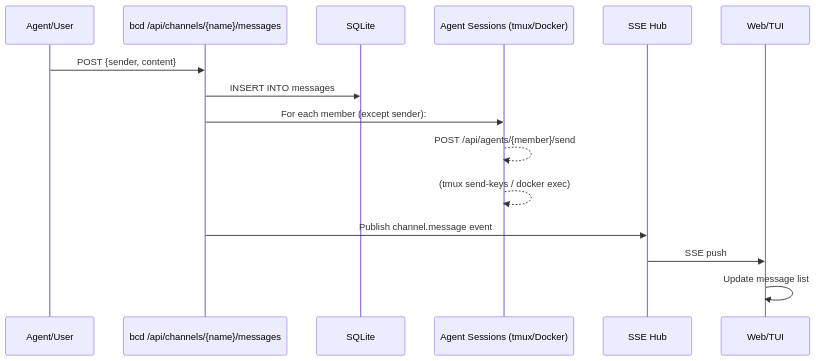
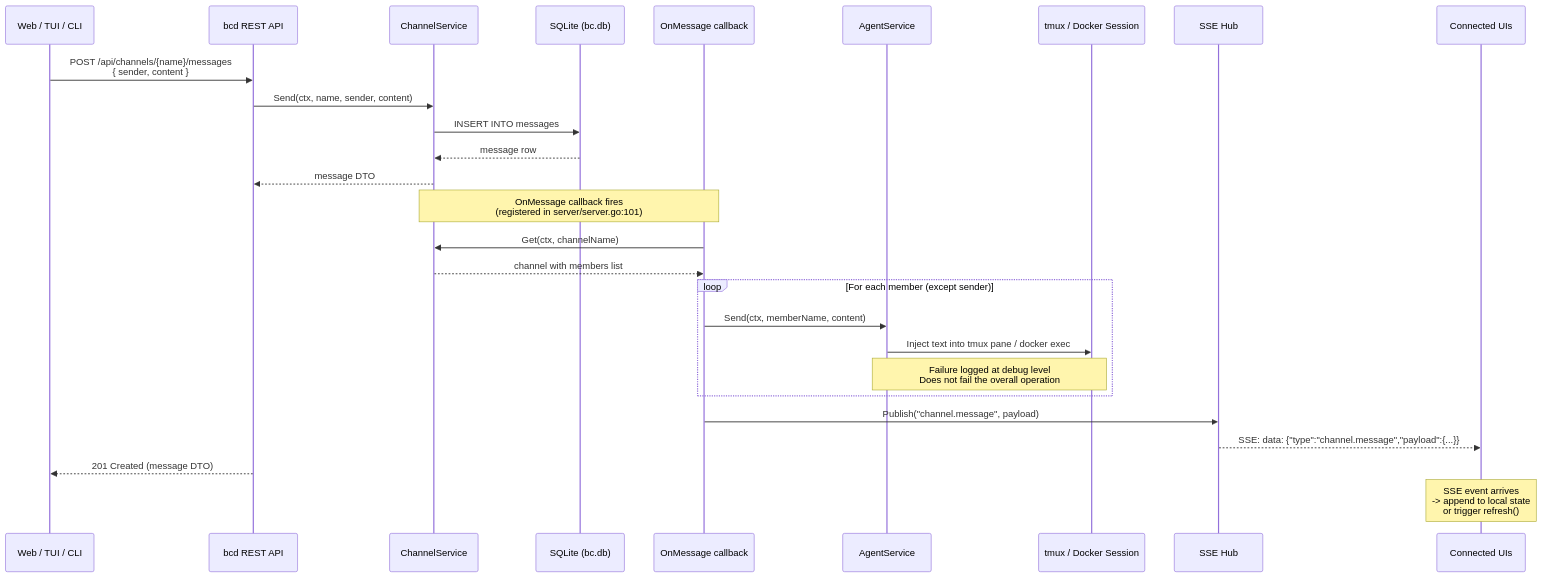
The sixth of 6 diagrams in docs/architecture/frontend-data-flow.md (gh-curious-otter/bc), drawn with Mermaid before and after one commit. The commit also changed other lines of this file, not shown here.

Commit message:
docs: rewrite frontend-data-flow.md — TUI is API client, remove legacy framing

````diff
--- a/docs/architecture/frontend-data-flow.md
+++ b/docs/architecture/frontend-data-flow.md
@@ -168,18 +581,36 @@
 ```mermaid
 sequenceDiagram
-    participant Sender as Agent/User
-    participant API as bcd /api/channels/{name}/messages
-    participant DB as SQLite
-    participant Sessions as Agent Sessions (tmux/Docker)
+    participant UI as Web / TUI / CLI
+    participant API as bcd REST API
+    participant CS as ChannelService
+    participant DB as SQLite (bc.db)
+    participant OnMsg as OnMessage callback
+    participant AS as AgentService
+    participant Session as tmux / Docker Session
     participant Hub as SSE Hub
-    participant UIs as Web/TUI
+    participant Clients as Connected UIs
 
-    Sender->>API: POST {sender, content}
-    API->>DB: INSERT INTO messages
-    API->>Sessions: For each member (except sender):
-    Sessions-->>Sessions: POST /api/agents/{member}/send
-    Sessions-->>Sessions: (tmux send-keys / docker exec)
-    API->>Hub: Publish channel.message event
-    Hub->>UIs: SSE push
-    UIs->>UIs: Update message list
+    UI->>API: POST /api/channels/{name}/messages<br/>{ sender, content }
+    API->>CS: Send(ctx, name, sender, content)
+    CS->>DB: INSERT INTO messages
+    DB-->>CS: message row
+    CS-->>API: message DTO
+
+    Note over CS,OnMsg: OnMessage callback fires<br/>(registered in server/server.go:101)
+
+    OnMsg->>CS: Get(ctx, channelName)
+    CS-->>OnMsg: channel with members list
+
+    loop For each member (except sender)
+        OnMsg->>AS: Send(ctx, memberName, content)
+        AS->>Session: Inject text into tmux pane / docker exec
+        Note over AS,Session: Failure logged at debug level<br/>Does not fail the overall operation
+    end
+
+    OnMsg->>Hub: Publish("channel.message", payload)
+    Hub-->>Clients: SSE: data: {"type":"channel.message","payload":{...}}
+
+    API-->>UI: 201 Created (message DTO)
+
+    Note over Clients: SSE event arrives<br/>-> append to local state<br/>or trigger refresh()
 ```
````
